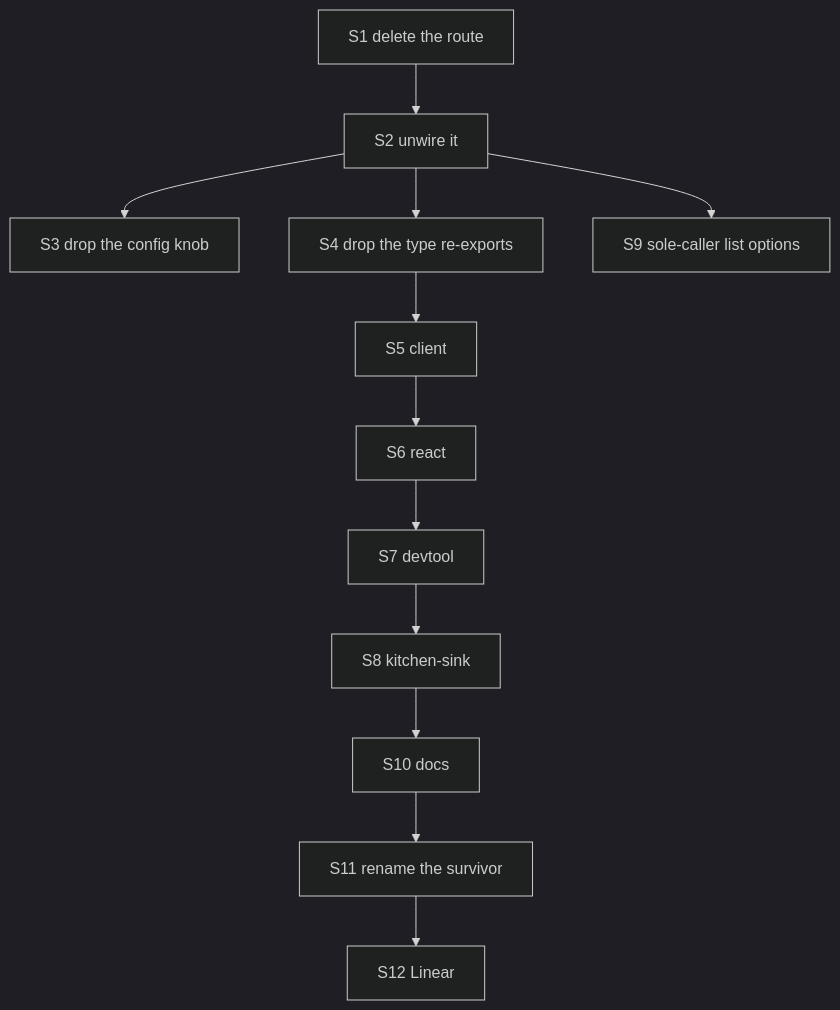
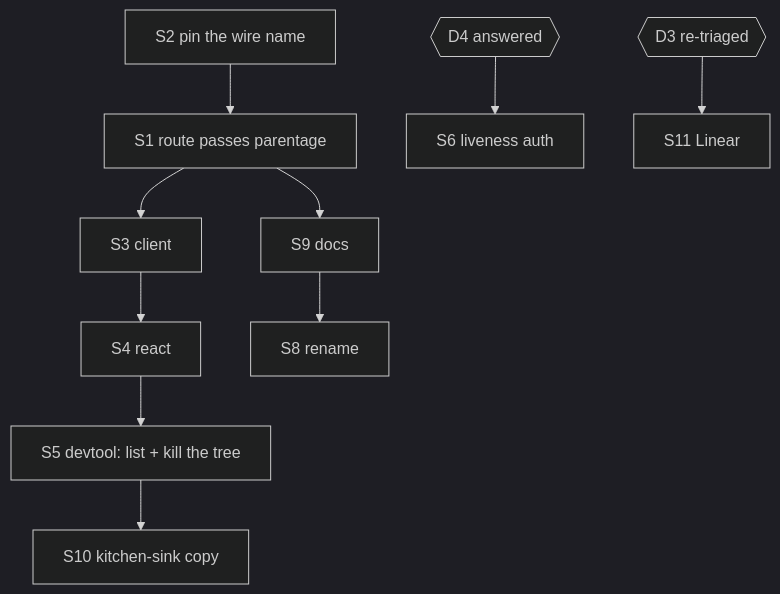
One commit to fixpoint-labs/flow-state-dev changed the diagram in spec/FIX-1440/PLAN.md. Above: the diagram before and after it, drawn with Mermaid (dark theme). The commit also changed other lines of this file and 3 other files, not shown here.

````diff
--- a/spec/FIX-1440/PLAN.md
+++ b/spec/FIX-1440/PLAN.md
@@ -46,14 +36,12 @@
 ```mermaid
 flowchart TD
-  S1[S1 delete the route] --> S2[S2 unwire it]
-  S2 --> S3[S3 drop the config knob]
-  S2 --> S4[S4 drop the type re-exports]
-  S4 --> S5[S5 client]
-  S5 --> S6[S6 react]
-  S6 --> S7[S7 devtool]
-  S7 --> S8[S8 kitchen-sink]
-  S2 --> S9[S9 sole-caller list options]
-  S8 --> S10[S10 docs]
-  S10 --> S11[S11 rename the survivor]
-  S11 --> S12[S12 Linear]
+  S2[S2 pin the wire name] --> S1[S1 route passes parentage]
+  S1 --> S3[S3 client]
+  S3 --> S4[S4 react]
+  S4 --> S5[S5 devtool: list + kill the tree]
+  S5 --> S10[S10 kitchen-sink copy]
+  S1 --> S9[S9 docs]
+  S9 --> S8[S8 rename]
+  D4{{D4 answered}} --> S6[S6 liveness auth]
+  D3{{D3 re-triaged}} --> S11[S11 Linear]
 ```
````
